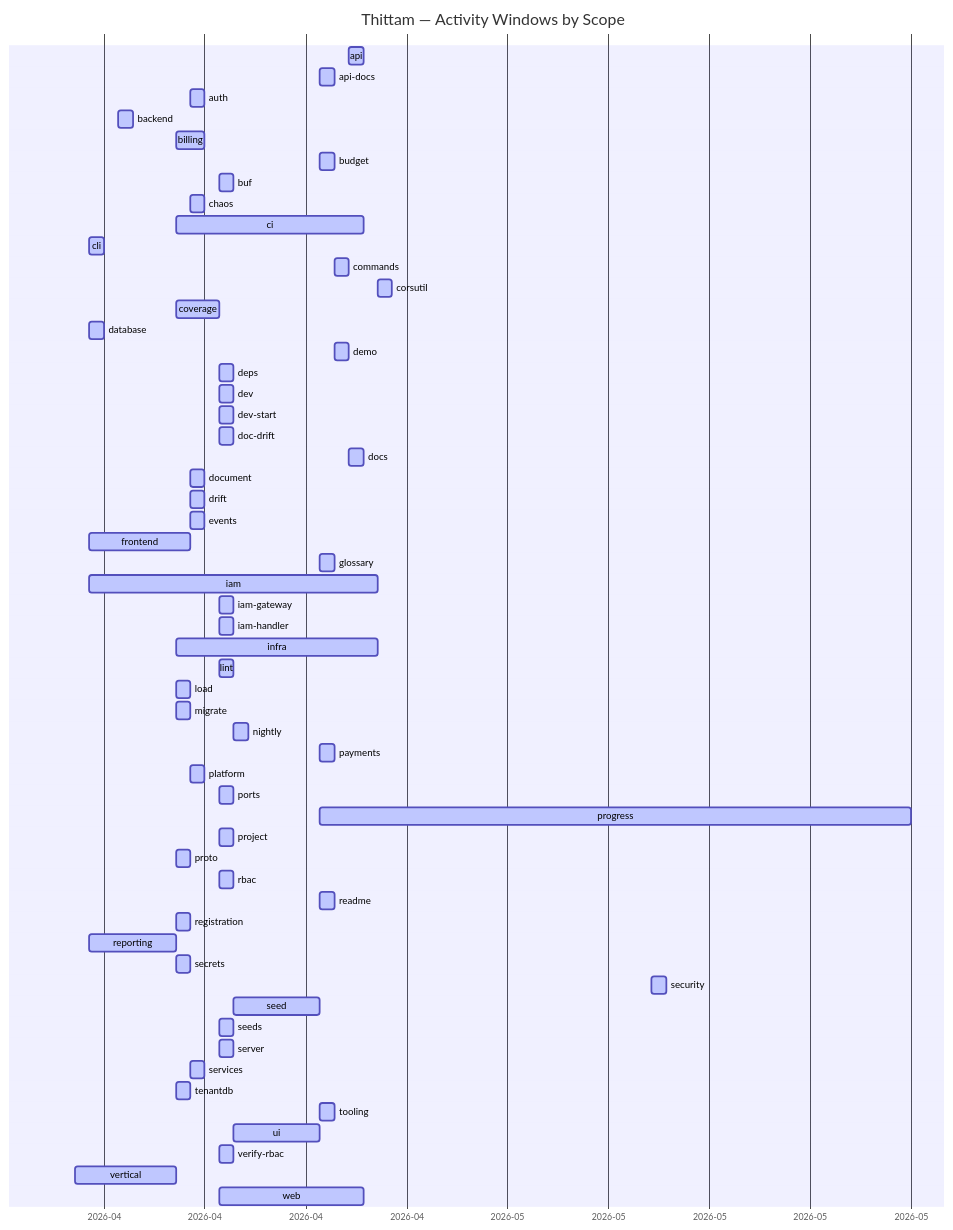
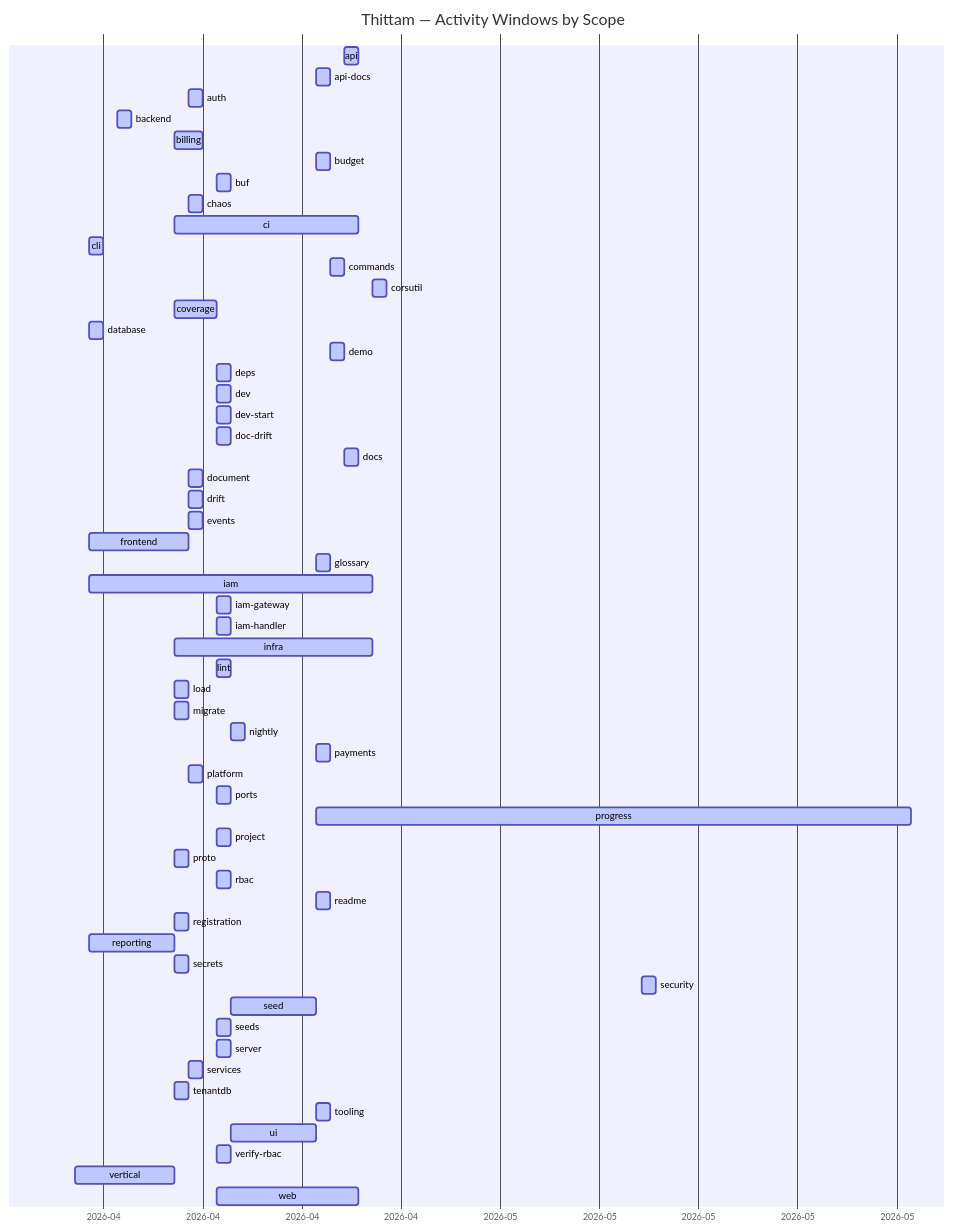
One commit to wegofwd2020-hub/thittam changed the diagram in docs/PROGRESS.md. Above: the diagram before and after it, drawn with Mermaid. The commit also changed other lines of this file and 1 other file, not shown here.

Commit message:
chore(progress): nightly update of docs/PROGRESS.md + CSVs

````diff
--- a/docs/PROGRESS.md
+++ b/docs/PROGRESS.md
@@ -9,61 +9,61 @@
 ```mermaid
 gantt
     title Thittam — Activity Windows by Scope
     dateFormat YYYY-MM-DD
     axisFormat %Y-%m
     api                :active, s_api, 2026-04-22, 2026-04-23
     api-docs           :active, s_api_docs, 2026-04-20, 2026-04-21
     auth               :active, s_auth, 2026-04-11, 2026-04-12
     backend            :active, s_backend, 2026-04-06, 2026-04-07
     billing            :active, s_billing, 2026-04-10, 2026-04-12
     budget             :active, s_budget, 2026-04-20, 2026-04-21
     buf                :active, s_buf, 2026-04-13, 2026-04-14
     chaos              :active, s_chaos, 2026-04-11, 2026-04-12
     ci                 :active, s_ci, 2026-04-10, 2026-04-23
     cli                :active, s_cli, 2026-04-04, 2026-04-05
     commands           :active, s_commands, 2026-04-21, 2026-04-22
     corsutil           :active, s_corsutil, 2026-04-24, 2026-04-25
     coverage           :active, s_coverage, 2026-04-10, 2026-04-13
     database           :active, s_database, 2026-04-04, 2026-04-05
     demo               :active, s_demo, 2026-04-21, 2026-04-22
     deps               :active, s_deps, 2026-04-13, 2026-04-14
     dev                :active, s_dev, 2026-04-13, 2026-04-14
     dev-start          :active, s_dev_start, 2026-04-13, 2026-04-14
     doc-drift          :active, s_doc_drift, 2026-04-13, 2026-04-14
     docs               :active, s_docs, 2026-04-22, 2026-04-23
     document           :active, s_document, 2026-04-11, 2026-04-12
     drift              :active, s_drift, 2026-04-11, 2026-04-12
     events             :active, s_events, 2026-04-11, 2026-04-12
     frontend           :active, s_frontend, 2026-04-04, 2026-04-11
     glossary           :active, s_glossary, 2026-04-20, 2026-04-21
     iam                :active, s_iam, 2026-04-04, 2026-04-24
     iam-gateway        :active, s_iam_gateway, 2026-04-13, 2026-04-14
     iam-handler        :active, s_iam_handler, 2026-04-13, 2026-04-14
     infra              :active, s_infra, 2026-04-10, 2026-04-24
     lint               :active, s_lint, 2026-04-13, 2026-04-14
     load               :active, s_load, 2026-04-10, 2026-04-11
     migrate            :active, s_migrate, 2026-04-10, 2026-04-11
     nightly            :active, s_nightly, 2026-04-14, 2026-04-15
     payments           :active, s_payments, 2026-04-20, 2026-04-21
     platform           :active, s_platform, 2026-04-11, 2026-04-12
     ports              :active, s_ports, 2026-04-13, 2026-04-14
-    progress           :active, s_progress, 2026-04-20, 2026-05-31
+    progress           :active, s_progress, 2026-04-20, 2026-06-01
     project            :active, s_project, 2026-04-13, 2026-04-14
     proto              :active, s_proto, 2026-04-10, 2026-04-11
     rbac               :active, s_rbac, 2026-04-13, 2026-04-14
     readme             :active, s_readme, 2026-04-20, 2026-04-21
     registration       :active, s_registration, 2026-04-10, 2026-04-11
     reporting          :active, s_reporting, 2026-04-04, 2026-04-10
     secrets            :active, s_secrets, 2026-04-10, 2026-04-11
     security           :active, s_security, 2026-05-13, 2026-05-14
     seed               :active, s_seed, 2026-04-14, 2026-04-20
     seeds              :active, s_seeds, 2026-04-13, 2026-04-14
     server             :active, s_server, 2026-04-13, 2026-04-14
     services           :active, s_services, 2026-04-11, 2026-04-12
     tenantdb           :active, s_tenantdb, 2026-04-10, 2026-04-11
     tooling            :active, s_tooling, 2026-04-20, 2026-04-21
     ui                 :active, s_ui, 2026-04-14, 2026-04-20
     verify-rbac        :active, s_verify_rbac, 2026-04-13, 2026-04-14
     vertical           :active, s_vertical, 2026-04-03, 2026-04-10
     web                :active, s_web, 2026-04-13, 2026-04-23
 ```
````
